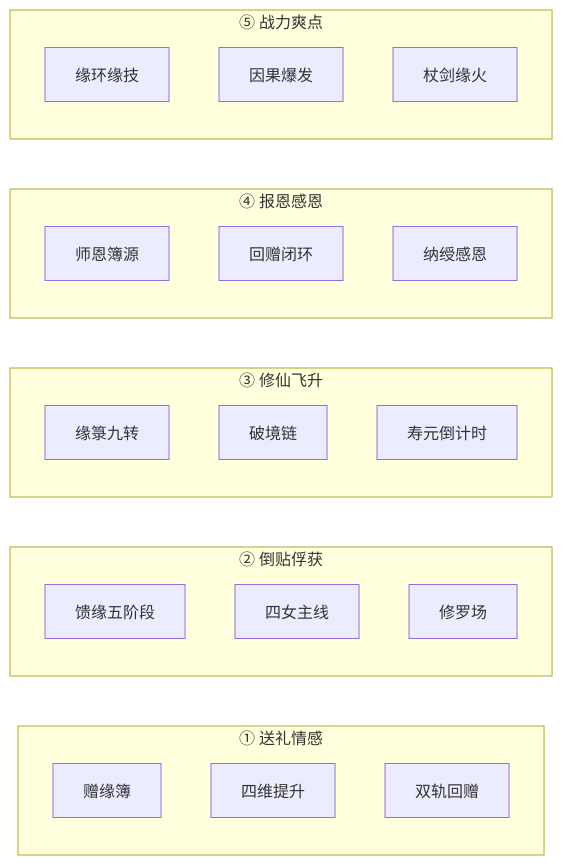
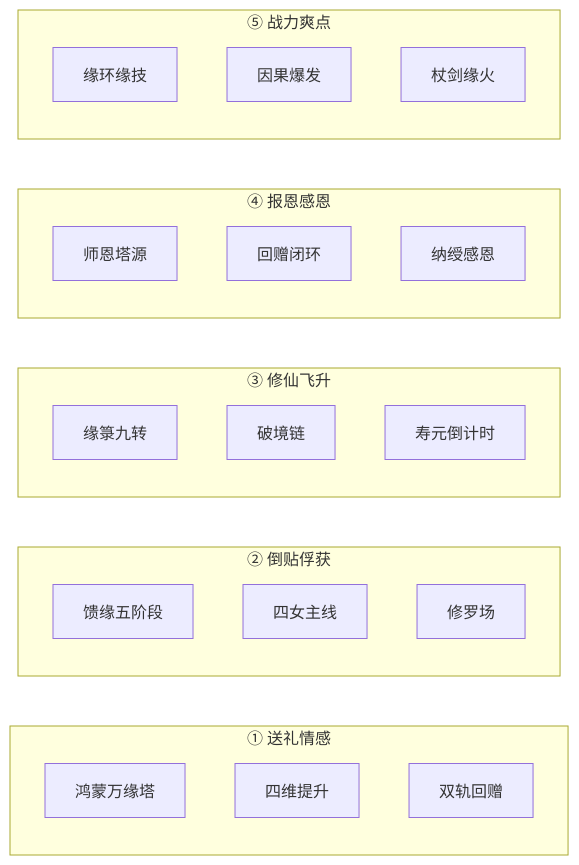
The fourth of 12 diagrams in docs/还礼仙翁传/00-整体层次结构图.md (holyjing88/NovelProject), drawn with Mermaid before and after one commit. The commit also changed other lines of this file and 420 other files, not shown here.

````diff
--- a/docs/还礼仙翁传/00-整体层次结构图.md
+++ b/docs/还礼仙翁传/00-整体层次结构图.md
@@ -143,28 +144,28 @@
 ```mermaid
 flowchart LR
     subgraph 送礼["① 送礼情感"]
-        G1["赠缘簿"]
+        G1["鸿蒙万缘塔"]
         G2["四维提升"]
         G3["双轨回赠"]
     end
     subgraph 倒贴["② 倒贴俘获"]
         E1["馈缘五阶段"]
         E2["四女主线"]
         E3["修罗场"]
     end
     subgraph 飞升["③ 修仙飞升"]
         C1["缘箓九转"]
         C2["破境链"]
         C3["寿元倒计时"]
     end
     subgraph 报恩["④ 报恩感恩"]
-        R1["师恩簿源"]
+        R1["师恩塔源"]
         R2["回赠闭环"]
         R3["纳绶感恩"]
     end
     subgraph 战力["⑤ 战力爽点"]
         P1["缘环缘技"]
         P2["因果爆发"]
         P3["杖剑缘火"]
     end
 ```
````
